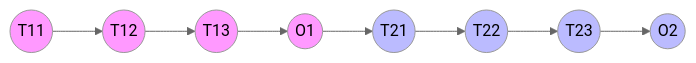
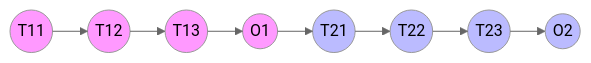
Before and after one commit to zen-xu/obsidian: the second of 2 diagrams in 100 Notes/金融量化/交易所业务/SH L2 Order & Trade 关系.md, drawn with Mermaid (neutral theme).

Commit message:
vault backup: 2025-09-28 13:29:33

````diff
--- a/100 Notes/金融量化/交易所业务/SH L2 Order & Trade 关系.md
+++ b/100 Notes/金融量化/交易所业务/SH L2 Order & Trade 关系.md
@@ -37,20 +37,24 @@
 ```mermaid
+---
+config:
+  layout: elk
+---
 flowchart LR
   O1@{ shape: circle }
   T11@{ shape: circle }
   T12@{ shape: circle }
   T13@{ shape: circle }
   O2@{ shape: circle }
   T21@{ shape: circle }
   T22@{ shape: circle }
   T23@{ shape: circle }
   
   T11 --> T12 --> T13 --> O1
   O1 --> T21
   T21 --> T22 --> T23 --> O2
   
   classDef order1 fill:#f9f;
   classDef order2 fill:#bbf;
   class O1,T11,T12,T13 order1;
   class O2,T21,T22,T23 order2;
 ```
````
